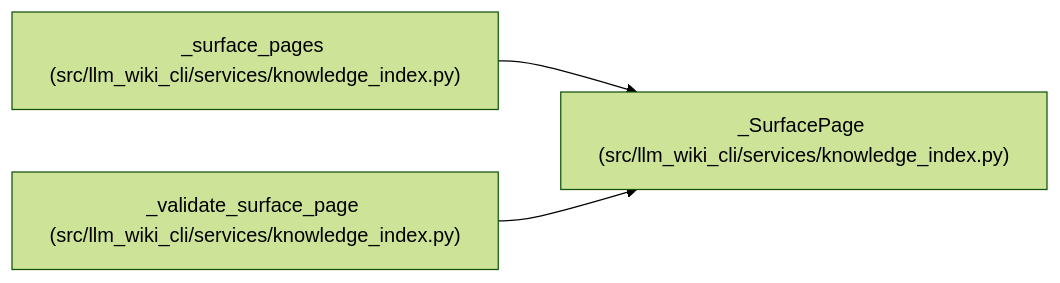
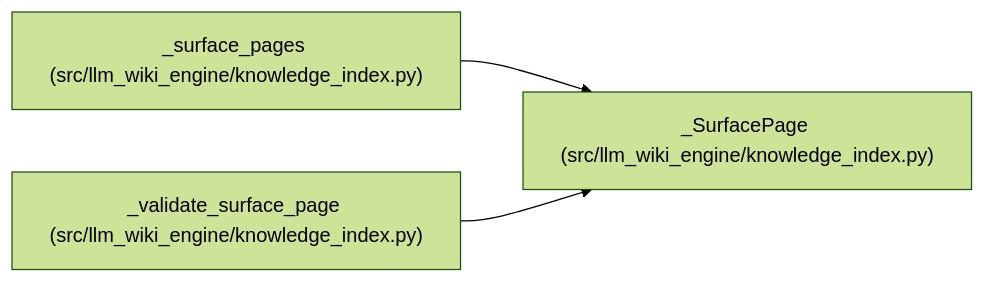
Before and after one commit to Denissvgn/python-wiki-llm: the diagram in docs/llm_wiki/entities/SurfacePage.md, drawn with Mermaid (forest theme). The commit also changed other lines of this file and 1058 other files, not shown here.

First line of the commit message:
docs: refresh the wiki for the knowledge store move

````diff
--- a/docs/llm_wiki/entities/SurfacePage.md
+++ b/docs/llm_wiki/entities/SurfacePage.md
@@ -34,11 +34,11 @@
 ```mermaid
 flowchart LR
-    n0["_SurfacePage (src/llm_wiki_cli/services/knowledge_index.py)"]
-    n1["_surface_pages (src/llm_wiki_cli/services/knowledge_index.py)"]
-    n2["_validate_surface_page (src/llm_wiki_cli/services/knowledge_index.py)"]
+    n0["_SurfacePage (src/llm_wiki_engine/knowledge_index.py)"]
+    n1["_surface_pages (src/llm_wiki_engine/knowledge_index.py)"]
+    n2["_validate_surface_page (src/llm_wiki_engine/knowledge_index.py)"]
     n1 --> n0
     n2 --> n0
     click n0 "../modules/knowledge_index.md"
     click n1 "../modules/knowledge_index.md"
     click n2 "../modules/knowledge_index.md"
 ```
````
